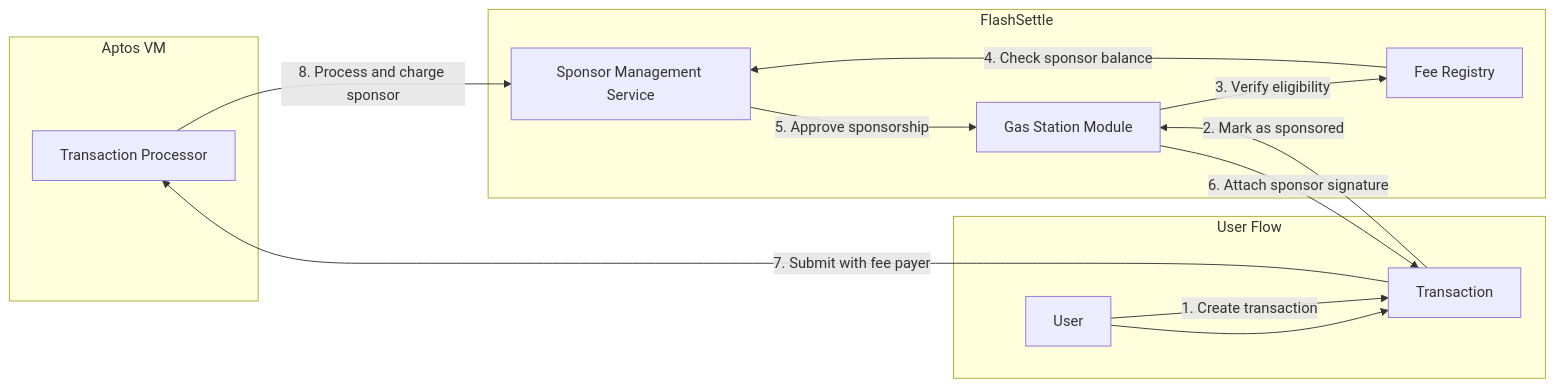
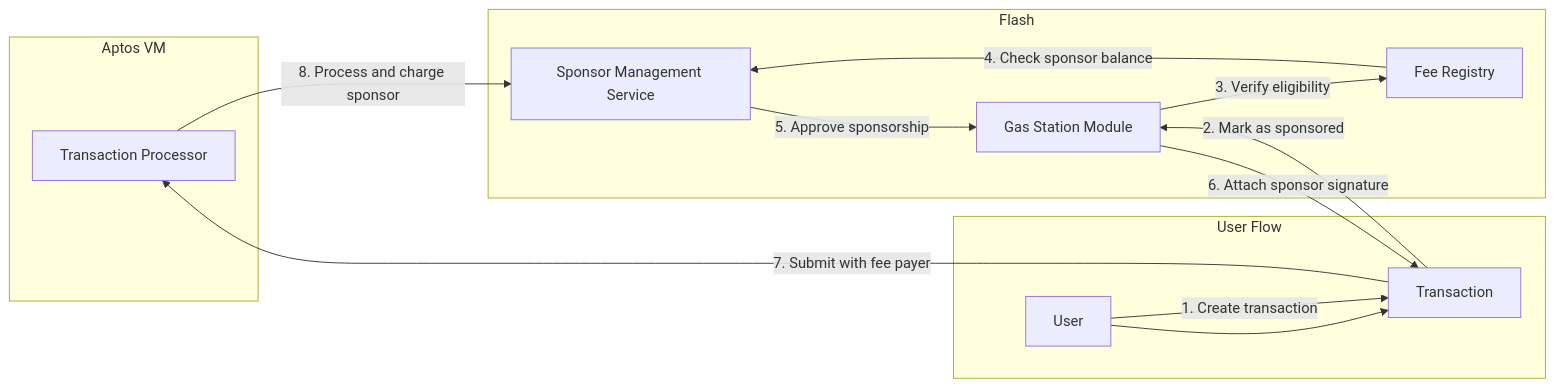
One commit to jaffarkeikei/Flash-spurhacks changed the sixth of 6 diagrams in docs/smart-contracts.md. Above: the diagram before and after it, drawn with Mermaid. The commit also changed other lines of this file and 3 other files, not shown here.

Commit message:
docs: update branding from FlashSettle to Flash

````diff
--- a/docs/smart-contracts.md
+++ b/docs/smart-contracts.md
@@ -671,25 +671,25 @@
 ```mermaid
 flowchart LR
     subgraph Aptos VM
         VM[Transaction Processor]
     end
-    
-    subgraph FlashSettle
+
+    subgraph Flash
         GSM[Gas Station Module]
         FR[Fee Registry]
         SMS[Sponsor Management Service]
     end
-    
+
     subgraph User Flow
         U[User] --> T[Transaction]
     end
-    
+
     U -->|1. Create transaction| T
     T -->|2. Mark as sponsored| GSM
     GSM -->|3. Verify eligibility| FR
     FR -->|4. Check sponsor balance| SMS
     SMS -->|5. Approve sponsorship| GSM
     GSM -->|6. Attach sponsor signature| T
     T -->|7. Submit with fee payer| VM
     VM -->|8. Process and charge sponsor| SMS
 ```
````
